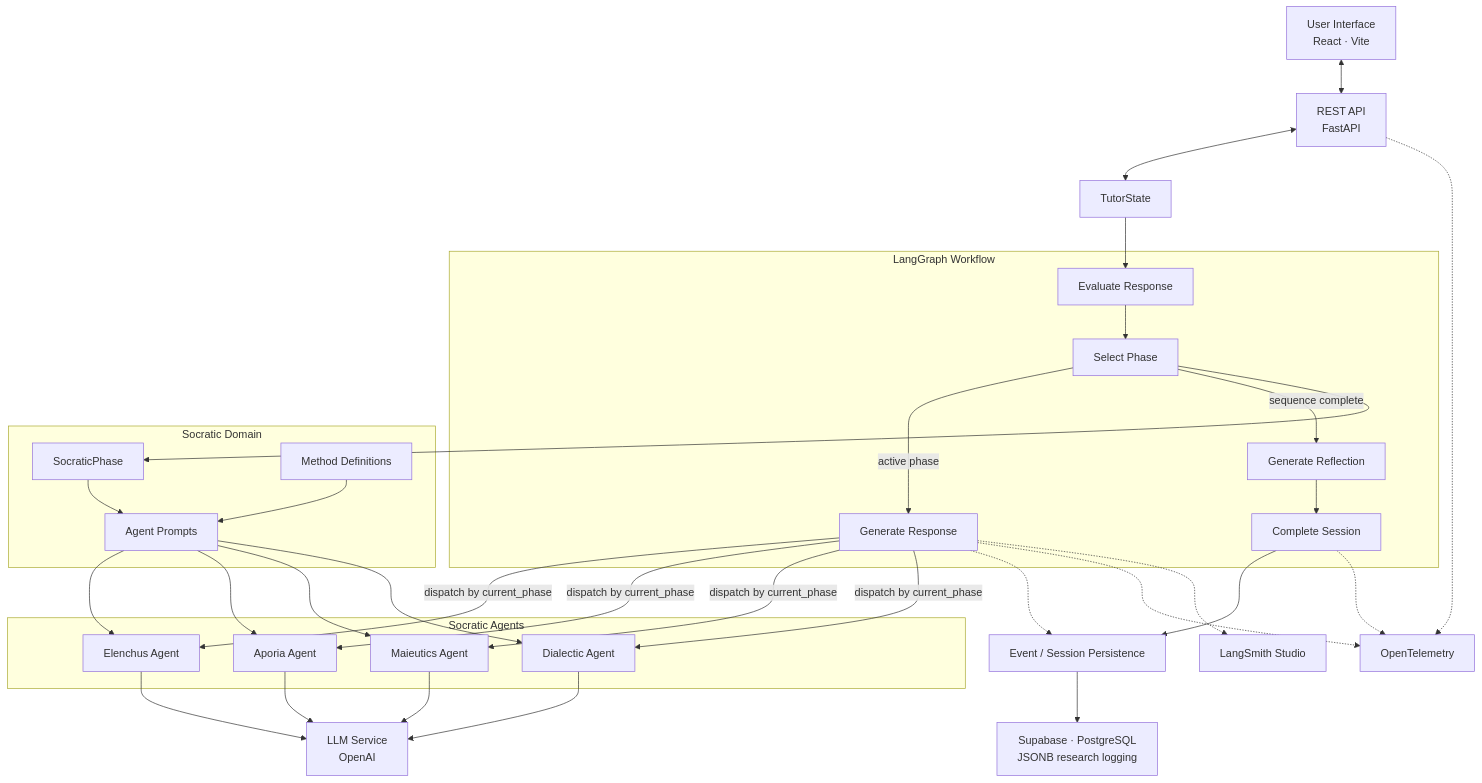
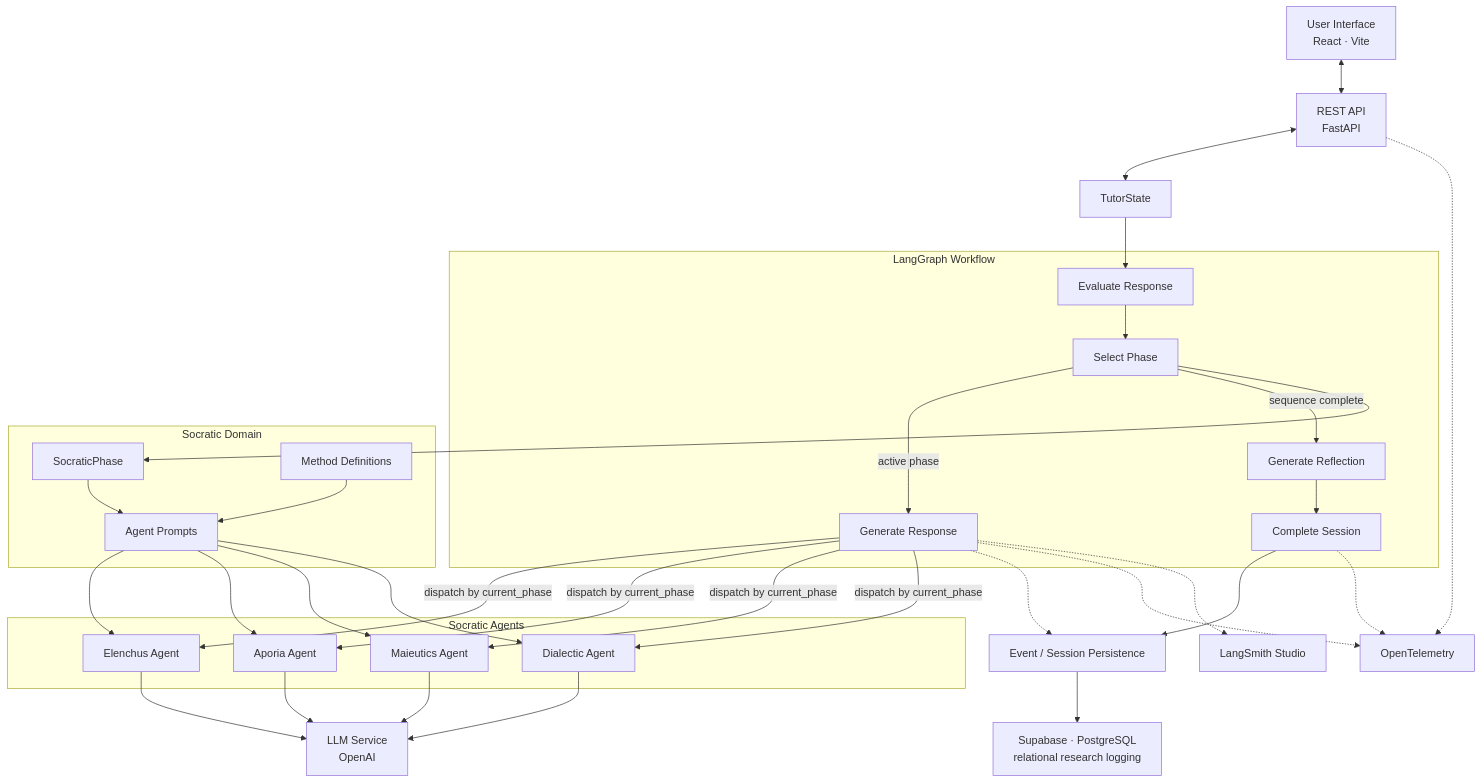
One commit to anissawilliams/socratic_agentic_ai changed the third of 3 diagrams in README.md. Above: the diagram before and after it, drawn with Mermaid. The commit also changed other lines of this file and 29 other files, not shown here.

Commit message:
Add relational study logging scaffold

````diff
--- a/README.md
+++ b/README.md
@@ -113,72 +113,72 @@
 ```mermaid
 flowchart TD
     UI["User Interface<br/>React · Vite"]
     API["REST API<br/>FastAPI"]
     STATE["TutorState"]
 
     UI <--> API
     API <--> STATE
 
     subgraph WORKFLOW["LangGraph Workflow"]
         EVAL["Evaluate Response"]
         SELECT["Select Phase"]
         GENERATE["Generate Response"]
         REFLECT["Generate Reflection"]
         COMPLETE["Complete Session"]
 
         EVAL --> SELECT
         SELECT -->|active phase| GENERATE
         SELECT -->|sequence complete| REFLECT
         REFLECT --> COMPLETE
     end
 
     STATE --> EVAL
 
     subgraph SOCRATIC["Socratic Domain"]
         PHASE["SocraticPhase"]
         DEFINITIONS["Method Definitions"]
         PROMPTS["Agent Prompts"]
 
         DEFINITIONS --> PROMPTS
         PHASE --> PROMPTS
     end
 
     SELECT --> PHASE
 
     subgraph AGENTS["Socratic Agents"]
         ELENCHUS["Elenchus Agent"]
         APORIA["Aporia Agent"]
         MAIEUTICS["Maieutics Agent"]
         DIALECTIC["Dialectic Agent"]
     end
 
     GENERATE -->|dispatch by current_phase| ELENCHUS
     GENERATE -->|dispatch by current_phase| APORIA
     GENERATE -->|dispatch by current_phase| MAIEUTICS
     GENERATE -->|dispatch by current_phase| DIALECTIC
 
     PROMPTS --> ELENCHUS
     PROMPTS --> APORIA
     PROMPTS --> MAIEUTICS
     PROMPTS --> DIALECTIC
 
     LLM["LLM Service<br/>OpenAI"]
     EVENTS["Event / Session Persistence"]
-    DB["Supabase · PostgreSQL<br/>JSONB research logging"]
+    DB["Supabase · PostgreSQL<br/>relational research logging"]
     OTEL["OpenTelemetry"]
     LS["LangSmith Studio"]
 
     ELENCHUS --> LLM
     APORIA --> LLM
     MAIEUTICS --> LLM
     DIALECTIC --> LLM
 
     GENERATE -.-> EVENTS
     COMPLETE --> EVENTS
     EVENTS --> DB
 
     API -.-> OTEL
     GENERATE -.-> OTEL
     COMPLETE -.-> OTEL
     GENERATE -.-> LS
 ```
````
